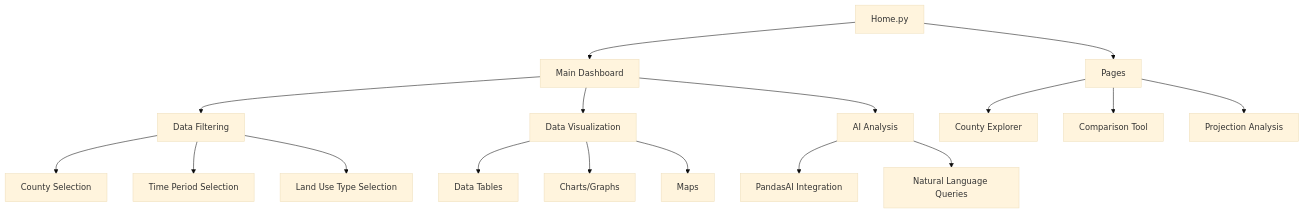
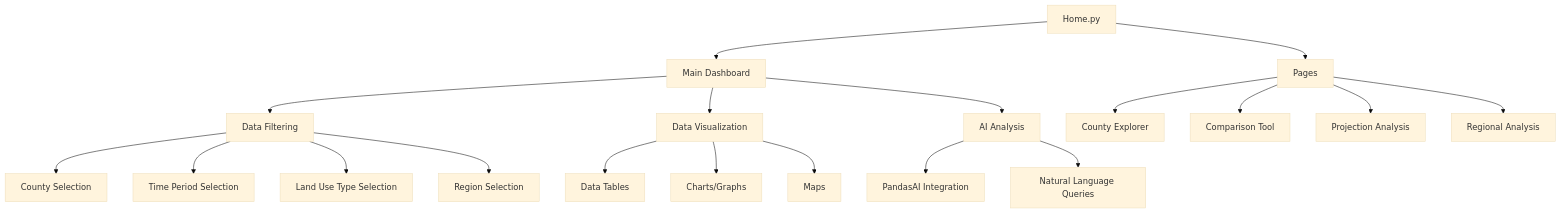
Before and after one commit to mihiarc/rpa-landuse-viewer: the third of 3 diagrams in README.md, drawn with Mermaid (base theme). The commit also changed other lines of this file and 3 other files, not shown here.

````diff
--- a/README.md
+++ b/README.md
@@ -221,23 +304,25 @@
 ```mermaid
 flowchart TD
     A[Home.py] --> B[Main Dashboard]
     A --> C[Pages]
     
     B --> D[Data Filtering]
     D --> D1[County Selection]
     D --> D2[Time Period Selection]
     D --> D3[Land Use Type Selection]
+    D --> D4[Region Selection]
     
     B --> E[Data Visualization]
     E --> E1[Data Tables]
     E --> E2[Charts/Graphs]
     E --> E3[Maps]
     
     B --> F[AI Analysis]
     F --> F1[PandasAI Integration]
     F --> F2[Natural Language Queries]
     
     C --> G[County Explorer]
     C --> H[Comparison Tool]
     C --> I[Projection Analysis]
+    C --> J[Regional Analysis]
 ```
````
